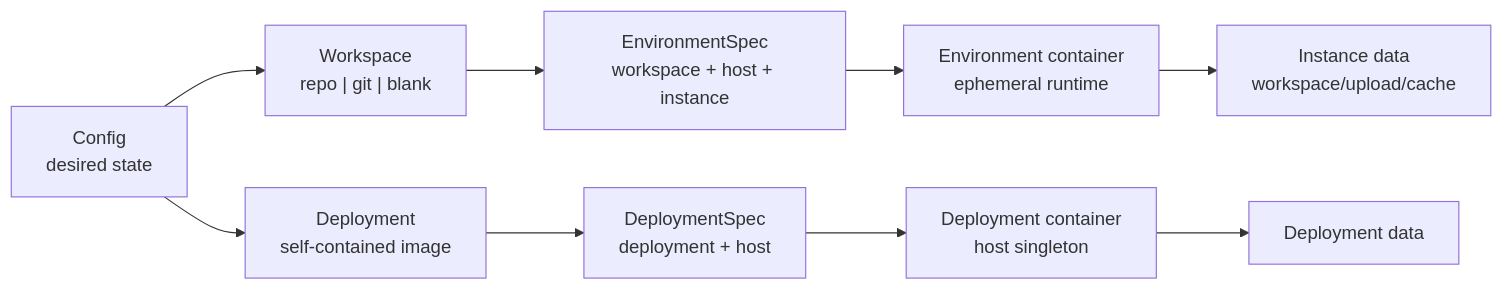
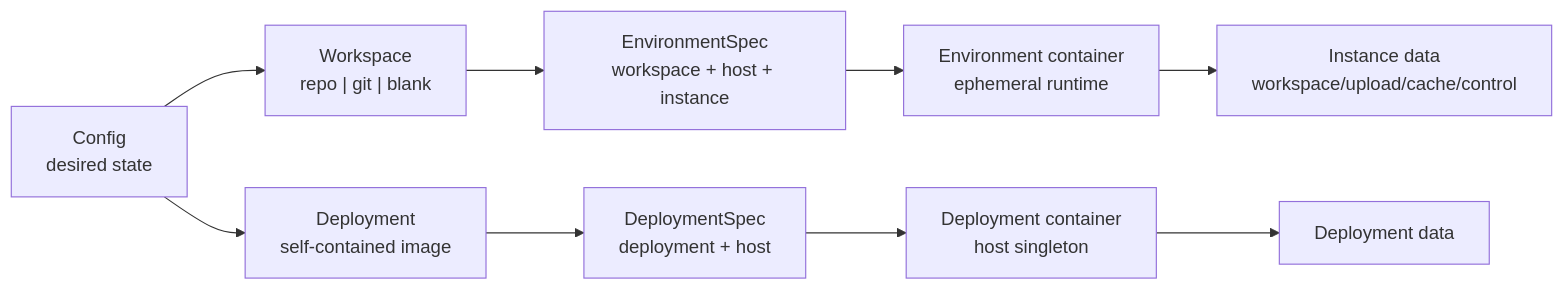
One commit to curoky/codespace changed the first of 9 diagrams in controller/DESIGN.md. Above: the diagram before and after it, drawn with Mermaid. The commit also changed other lines of this file and 42 other files, not shown here.

First line of the commit message:
feat: add container-side workspace agent and integrate with control plane

````diff
--- a/controller/DESIGN.md
+++ b/controller/DESIGN.md
@@ -21,11 +23,11 @@
 ```mermaid
 flowchart LR
     Config["Config<br/>desired state"] --> Workspace["Workspace<br/>repo | git | blank"]
     Config --> Deployment["Deployment<br/>self-contained image"]
     Workspace --> Spec["EnvironmentSpec<br/>workspace + host + instance"]
     Deployment --> DeploySpec["DeploymentSpec<br/>deployment + host"]
     Spec --> Environment["Environment container<br/>ephemeral runtime"]
     DeploySpec --> DeployContainer["Deployment container<br/>host singleton"]
-    Environment --> InstanceData["Instance data<br/>workspace/upload/cache"]
+    Environment --> InstanceData["Instance data<br/>workspace/upload/cache/control"]
     DeployContainer --> DeployData["Deployment data"]
 ```
````
